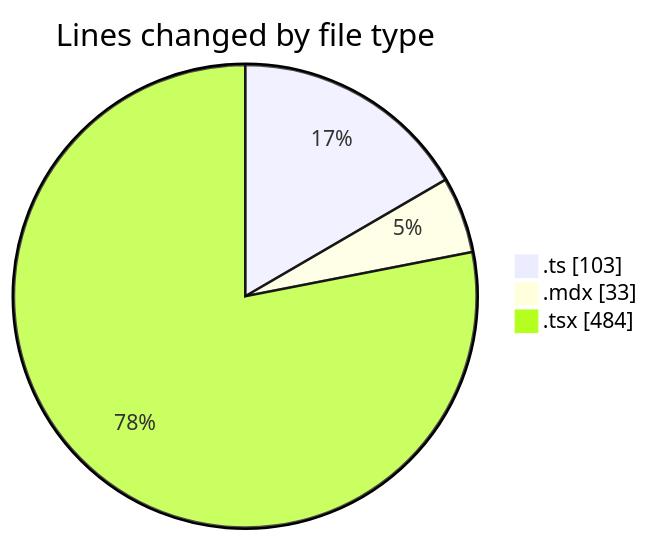
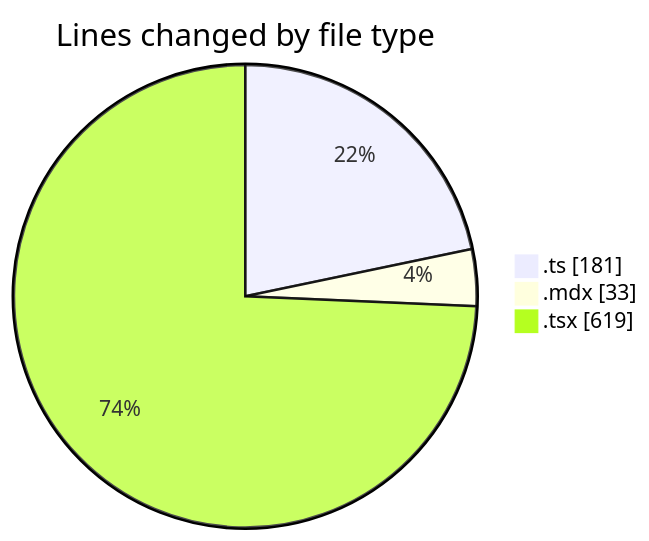
The first of 2 diagrams in 2025-05-25/elitesun/README.md (Elitesun/code-tracking), drawn with Mermaid before and after one commit. The commit also changed other lines of this file and 1 other file, not shown here.

````diff
--- a/2025-05-25/elitesun/README.md
+++ b/2025-05-25/elitesun/README.md
@@ -27,7 +29,7 @@
 ```mermaid
 pie showData
 title Lines changed by file type
-".ts" : 103
+".ts" : 181
 ".mdx" : 33
-".tsx" : 484
+".tsx" : 619
 ```
````
